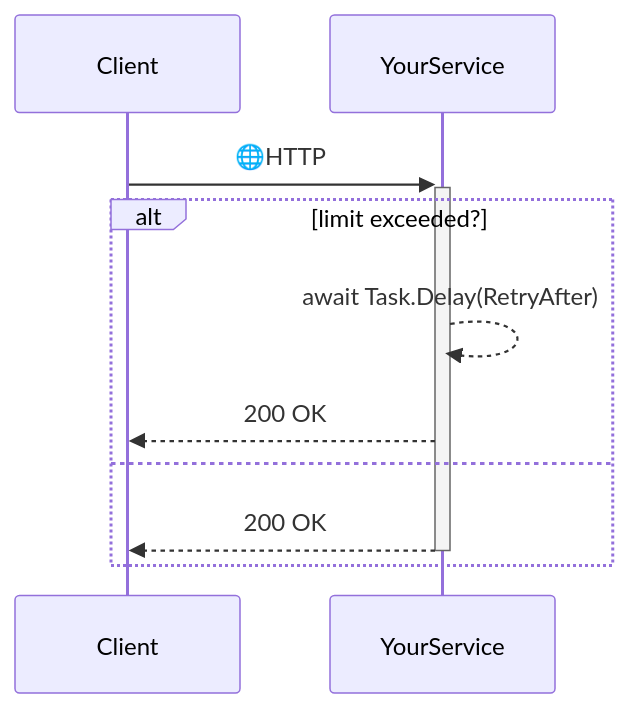
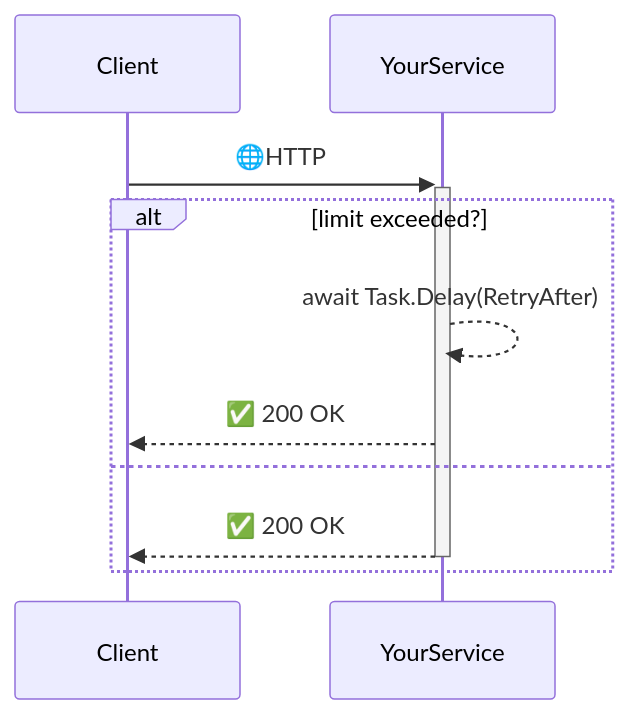
One commit to ThrottlingTroll/ThrottlingTroll changed the fourth of 5 diagrams in README.md. Above: the diagram before and after it, drawn with Mermaid. The commit also changed other lines of this file, not shown here.

````diff
--- a/README.md
+++ b/README.md
@@ -60,10 +60,10 @@
    ```mermaid
       sequenceDiagram
           Client->>+YourService: #127760;HTTP
           alt limit exceeded?
               YourService-->>YourService: await Task.Delay(RetryAfter)
-              YourService-->>Client: 200 OK
+              YourService-->>Client:✅ 200 OK
           else
-              YourService-->>-Client: 200 OK
+              YourService-->>-Client:✅ 200 OK
           end
    ```
````
